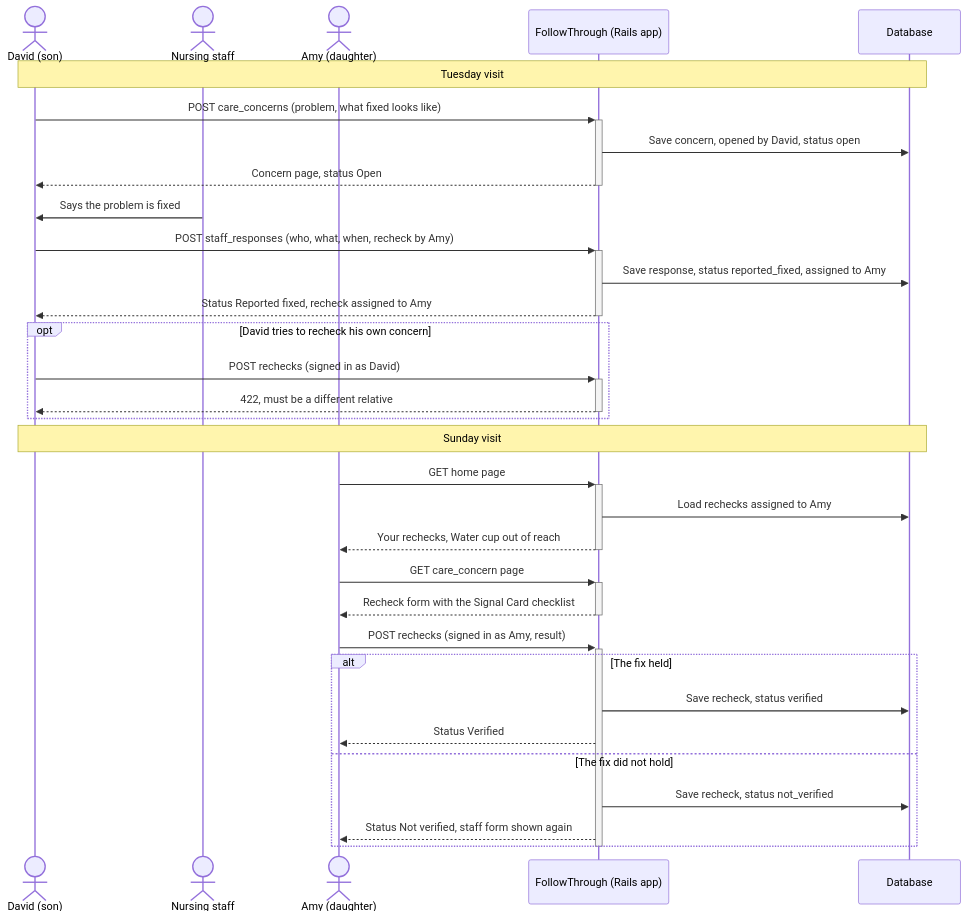
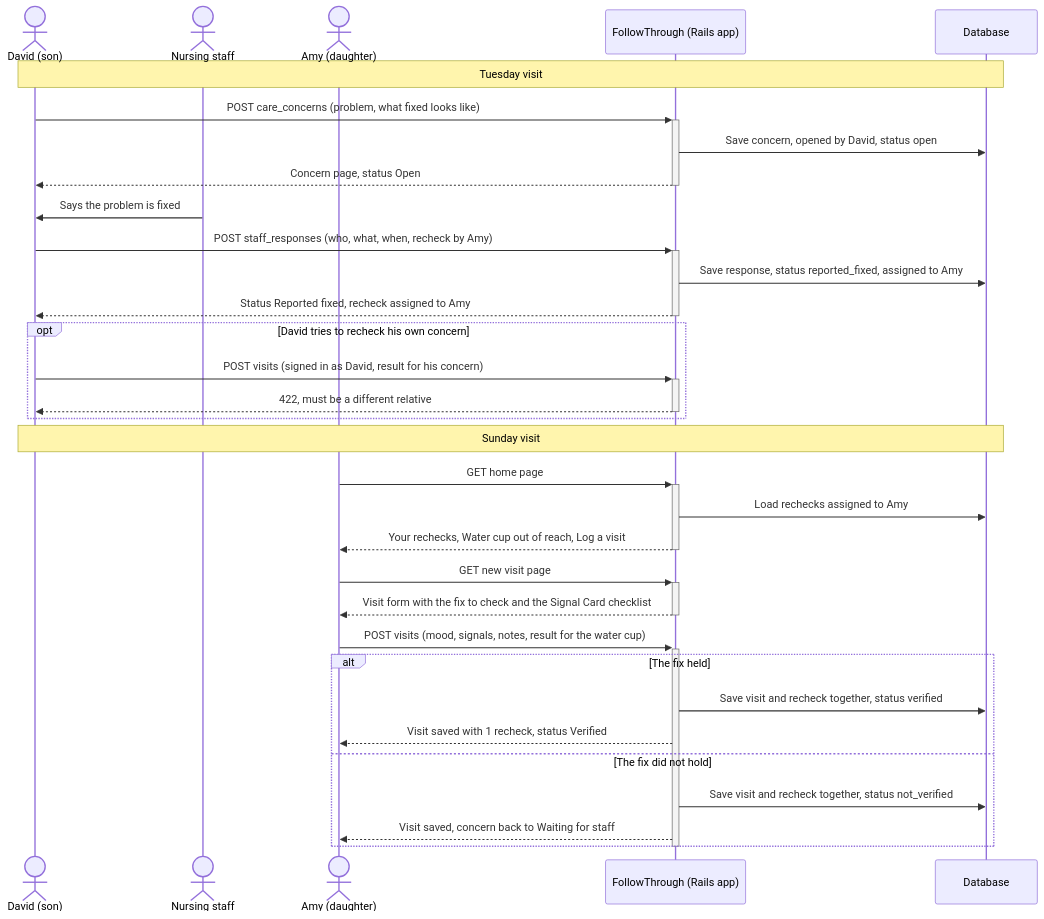
The diagram in README.md (Zoeooeo/followthrough), drawn with Mermaid before and after one commit. The commit also changed other lines of this file, not shown here.

````diff
--- a/README.md
+++ b/README.md
@@ -43,38 +43,38 @@
 ```mermaid
 sequenceDiagram
     actor David as David (son)
     actor Staff as Nursing staff
     actor Amy as Amy (daughter)
     participant App as FollowThrough (Rails app)
     participant DB as Database
 
     Note over David,DB: Tuesday visit
     David->>+App: POST care_concerns (problem, what fixed looks like)
     App->>DB: Save concern, opened by David, status open
     App-->>-David: Concern page, status Open
     Staff->>David: Says the problem is fixed
     David->>+App: POST staff_responses (who, what, when, recheck by Amy)
     App->>DB: Save response, status reported_fixed, assigned to Amy
     App-->>-David: Status Reported fixed, recheck assigned to Amy
 
     opt David tries to recheck his own concern
-        David->>+App: POST rechecks (signed in as David)
+        David->>+App: POST visits (signed in as David, result for his concern)
         App-->>-David: 422, must be a different relative
     end
 
     Note over David,DB: Sunday visit
     Amy->>+App: GET home page
     App->>DB: Load rechecks assigned to Amy
-    App-->>-Amy: Your rechecks, Water cup out of reach
-    Amy->>+App: GET care_concern page
-    App-->>-Amy: Recheck form with the Signal Card checklist
-    Amy->>+App: POST rechecks (signed in as Amy, result)
+    App-->>-Amy: Your rechecks, Water cup out of reach, Log a visit
+    Amy->>+App: GET new visit page
+    App-->>-Amy: Visit form with the fix to check and the Signal Card checklist
+    Amy->>+App: POST visits (mood, signals, notes, result for the water cup)
     alt The fix held
-        App->>DB: Save recheck, status verified
-        App-->>Amy: Status Verified
+        App->>DB: Save visit and recheck together, status verified
+        App-->>Amy: Visit saved with 1 recheck, status Verified
     else The fix did not hold
-        App->>DB: Save recheck, status not_verified
-        App-->>Amy: Status Not verified, staff form shown again
+        App->>DB: Save visit and recheck together, status not_verified
+        App-->>Amy: Visit saved, concern back to Waiting for staff
     end
     deactivate App
 ```
````
